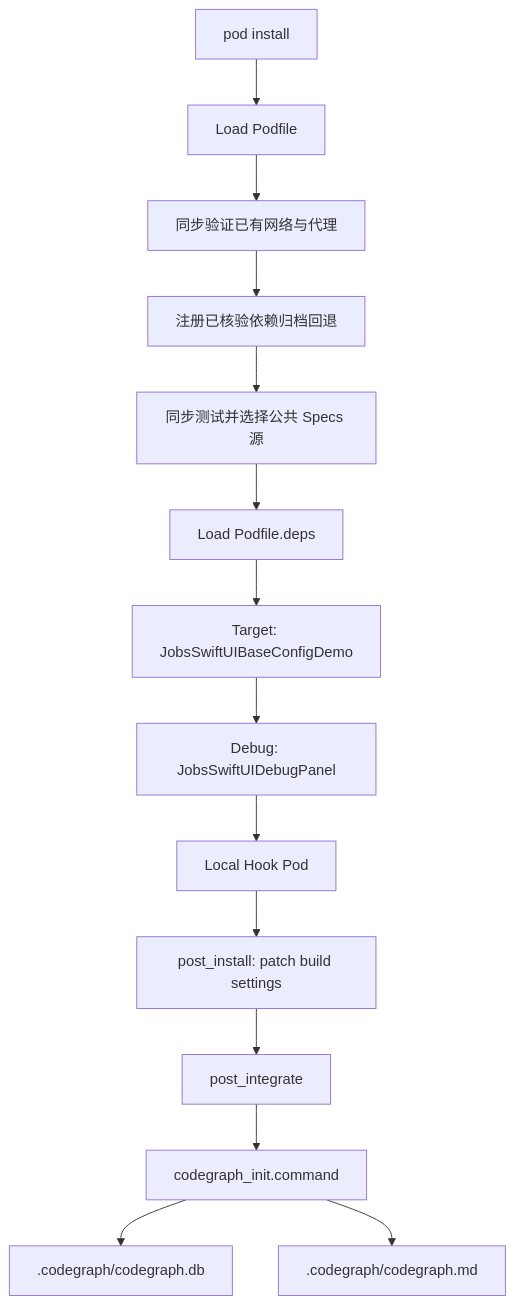
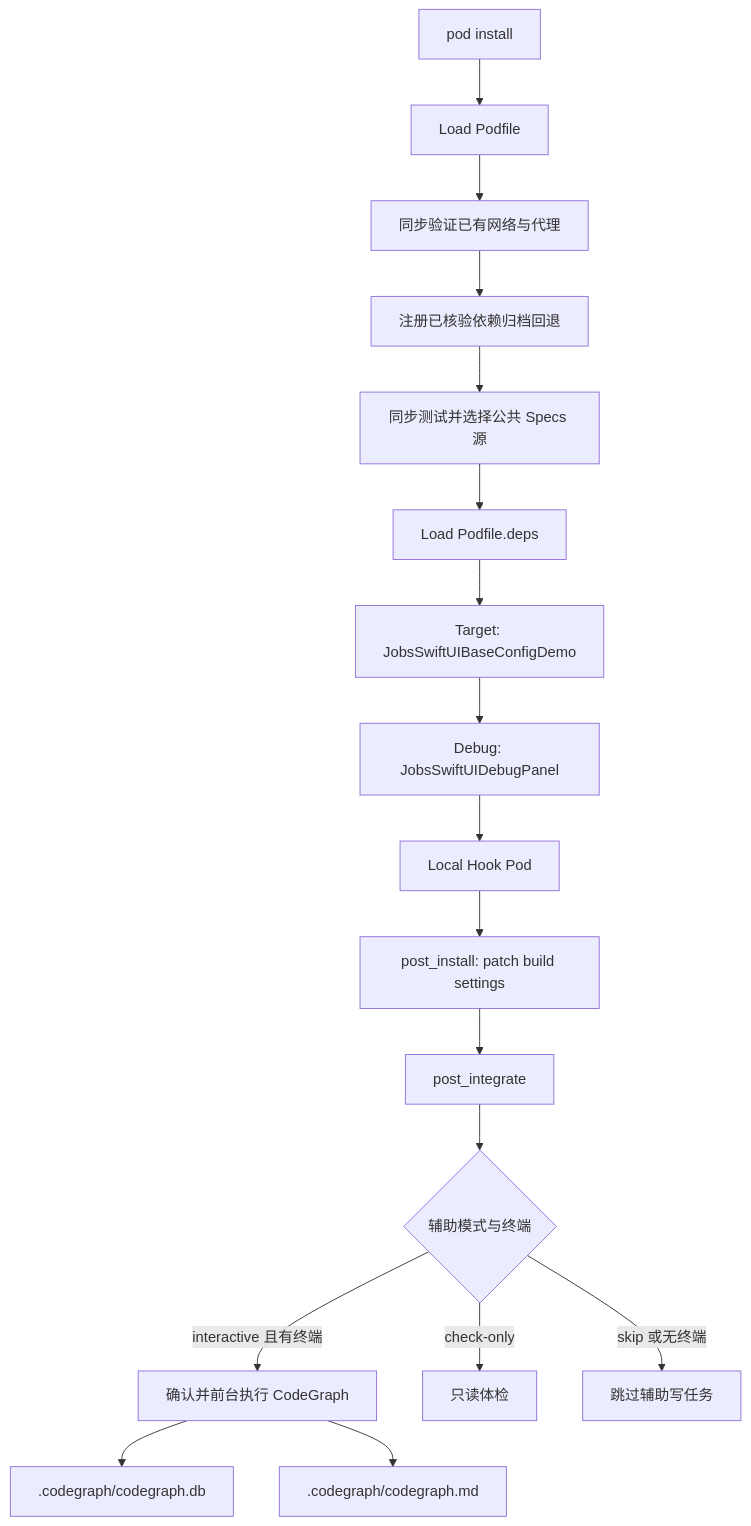
One commit to JobsKits/JobsSwiftUIBaseConfigDemo changed the second of 5 diagrams in README.md. Above: the diagram before and after it, drawn with Mermaid. The commit also changed other lines of this file and 12 other files, not shown here.

````diff
--- a/README.md
+++ b/README.md
@@ -298,16 +307,19 @@
 ```mermaid
 flowchart TD
     A["pod install"] --> B["Load Podfile"]
     B --> N["同步验证已有网络与代理"]
     N --> R["注册已核验依赖归档回退"]
     R --> S["同步测试并选择公共 Specs 源"]
     S --> C["Load Podfile.deps"]
     C --> D["Target: JobsSwiftUIBaseConfigDemo"]
     D --> E["Debug: JobsSwiftUIDebugPanel"]
     E --> F["Local Hook Pod"]
     F --> G["post_install: patch build settings"]
     G --> H["post_integrate"]
-    H --> I["codegraph_init.command"]
+    H --> M{"辅助模式与终端"}
+    M -->|interactive 且有终端| I["确认并前台执行 CodeGraph"]
+    M -->|check-only| Q["只读体检"]
+    M -->|skip 或无终端| X["跳过辅助写任务"]
     I --> J[".codegraph/codegraph.db"]
     I --> K[".codegraph/codegraph.md"]
 ```
````
